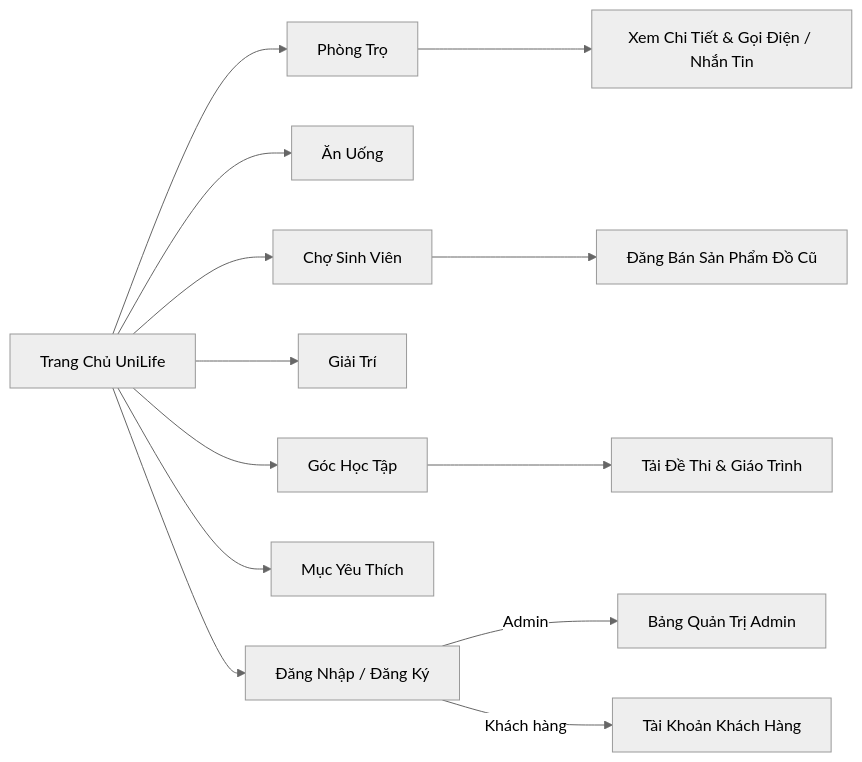
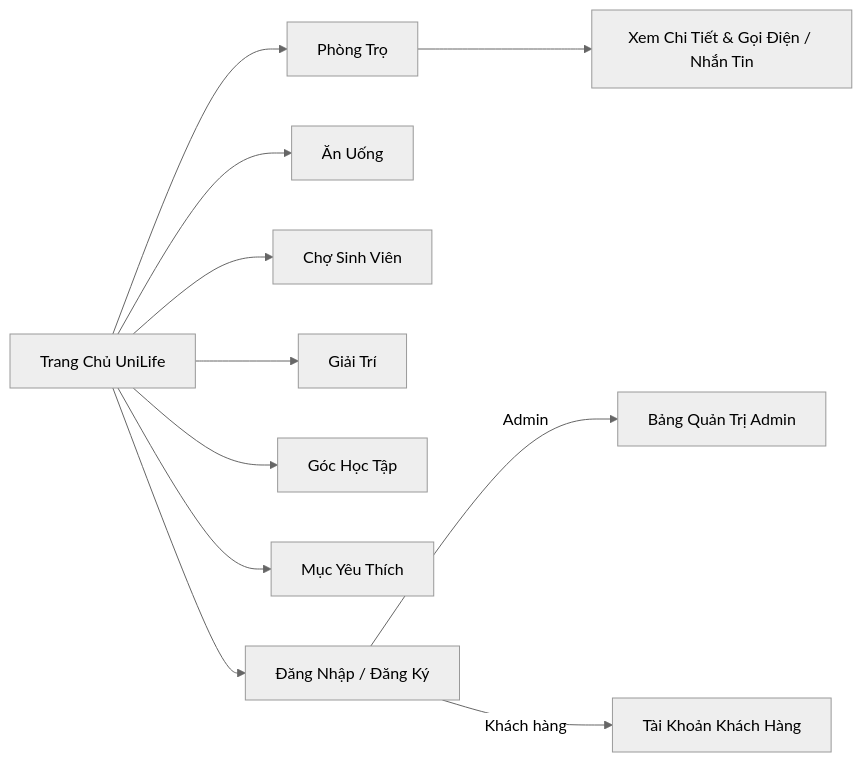
Before and after one commit to bin0106/PHANTRIDUC24CT1-CNPM: the second of 3 diagrams in README.md, drawn with Mermaid (neutral theme). The commit also changed other lines of this file and 2 other files, not shown here.

Commit message:
feat: bo sung he thong CSDL quan he (SQL script, ERD Mermaid va tai lieu CSDL_DESIGN)

````diff
--- a/README.md
+++ b/README.md
@@ -76,17 +76,15 @@
 ```mermaid
 graph LR
     Home[Trang Chủ UniLife] --> Housing[Phòng Trọ]
     Home --> Food[Ăn Uống]
     Home --> Market[Chợ Sinh Viên]
     Home --> Ent[Giải Trí]
     Home --> Study[Góc Học Tập]
     Home --> Fav[Mục Yêu Thích]
     Home --> Auth[Đăng Nhập / Đăng Ký]
     
     Auth -->|Admin| Dashboard[Bảng Quản Trị Admin]
     Auth -->|Khách hàng| Profile[Tài Khoản Khách Hàng]
 
     Housing --> DetailHousing[Xem Chi Tiết & Gọi Điện / Nhắn Tin]
-    Market --> PostMarket[Đăng Bán Sản Phẩm Đồ Cũ]
-    Study --> DownloadDoc[Tải Đề Thi & Giáo Trình]
 ```
````
